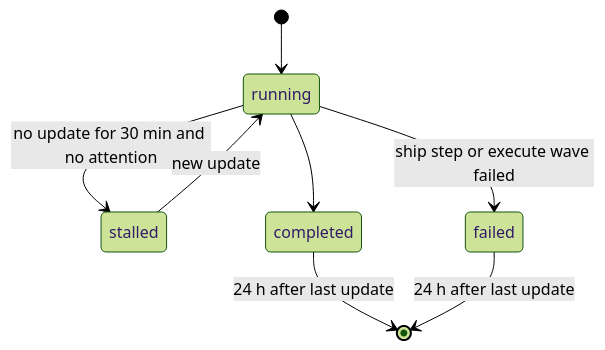
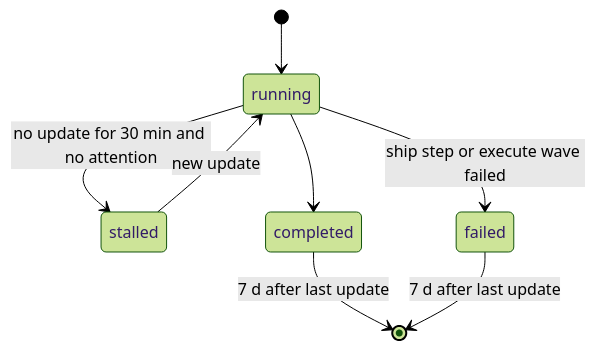
The third of 6 diagrams in openspec/specs/pipeline-dashboard/spec.md (rnagrodzki/sdlc-plugin), drawn with Mermaid (forest theme) before and after one commit. The commit also changed other lines of this file and 4 other files, not shown here.

````diff
--- a/openspec/specs/pipeline-dashboard/spec.md
+++ b/openspec/specs/pipeline-dashboard/spec.md
@@ -197,10 +197,10 @@
 ```mermaid
 stateDiagram-v2
   [*] --> running
   running --> stalled: no update for 30 min and no attention
   stalled --> running: new update
   running --> completed
   running --> failed: ship step or execute wave failed
-  completed --> [*]: 24 h after last update
-  failed --> [*]: 24 h after last update
+  completed --> [*]: 7 d after last update
+  failed --> [*]: 7 d after last update
 ```
````
